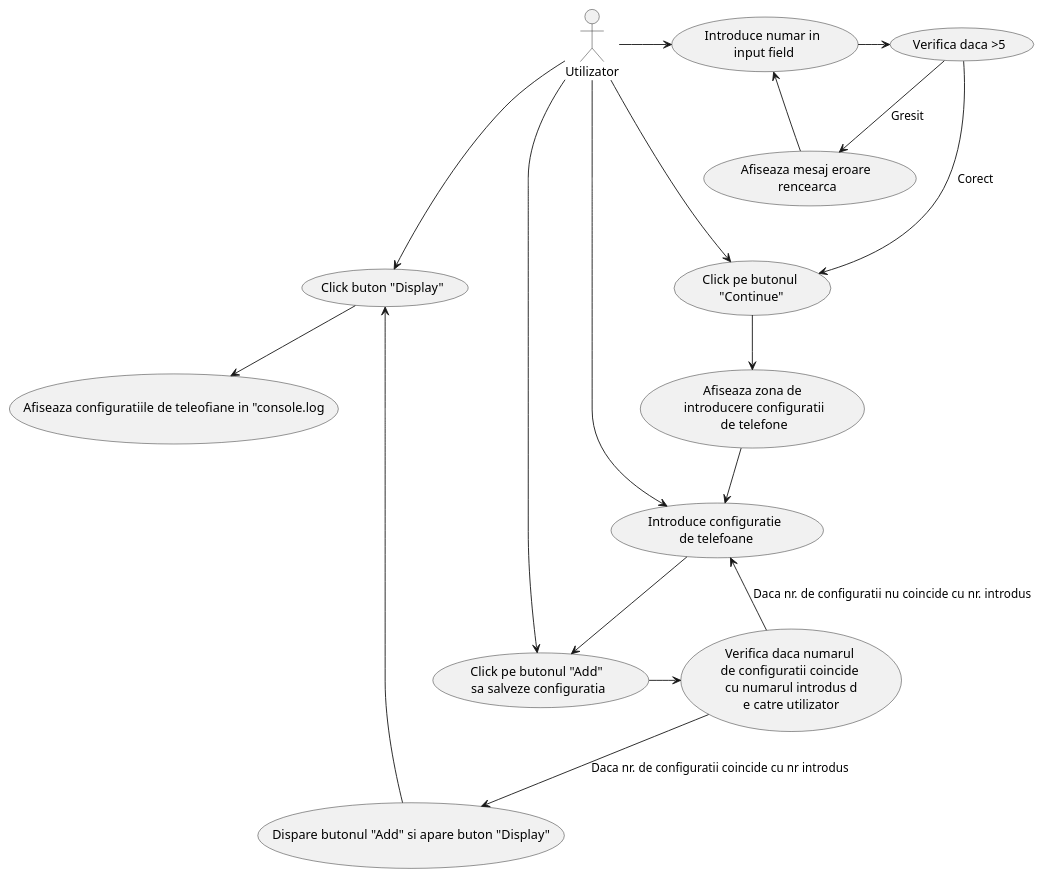
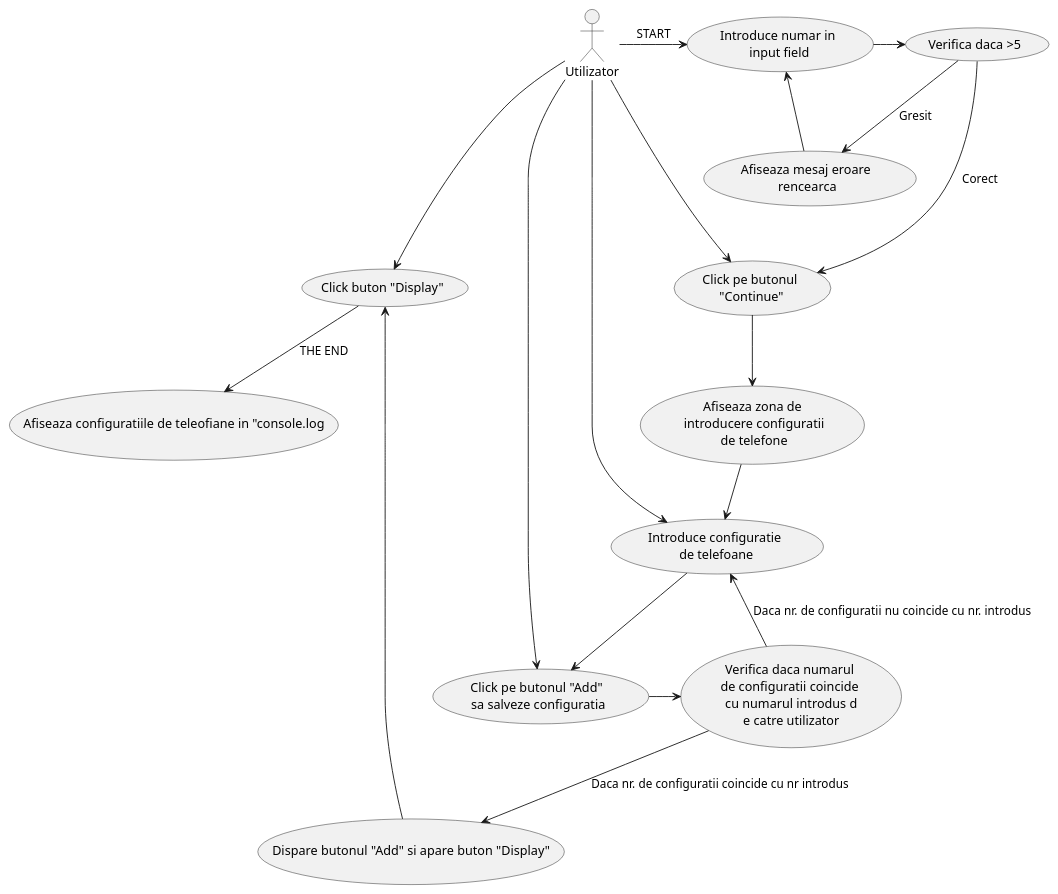
Before and after one commit to vsmro/phoneconfigs: the diagram in uml/usecase_phoneconf.puml, drawn with PlantUML. The commit also changed 2 other files, not shown here.

Commit message:
added some classes in the class diagram, consructor object failed

```diff
--- a/uml/usecase_phoneconf.puml
+++ b/uml/usecase_phoneconf.puml
@@ -1,24 +1,24 @@
 @startuml
 'https://plantuml.com/use-case-diagram
 
 
 
 
-Utilizator -> (Introduce numar in\n input field)
+Utilizator -> (Introduce numar in\n input field): START
 (Introduce numar in\n input field)->(Verifica daca >5)
 (Verifica daca >5)-->(Afiseaza mesaj eroare \nrencearca) : Gresit
 (Afiseaza mesaj eroare \nrencearca)->(Introduce numar in\n input field)
 Utilizator--->(Click pe butonul\n "Continue")
 (Verifica daca >5)-->(Click pe butonul\n "Continue") : Corect
 (Click pe butonul\n "Continue")-->(Afiseaza zona de\n introducere configuratii\n de telefone)
 Utilizator->(Introduce configuratie\n de telefoane)
 (Afiseaza zona de\n introducere configuratii\n de telefone)-->(Introduce configuratie\n de telefoane)
 Utilizator->(Click pe butonul "Add" \nsa salveze configuratia)
 (Introduce configuratie\n de telefoane)-->(Click pe butonul "Add" \nsa salveze configuratia)
 (Click pe butonul "Add" \nsa salveze configuratia)->(Verifica daca numarul \nde configuratii coincide \ncu numarul introdus d\ne catre utilizator)
 (Verifica daca numarul \nde configuratii coincide \ncu numarul introdus d\ne catre utilizator)->(Introduce configuratie\n de telefoane) : Daca nr. de configuratii nu coincide cu nr. introdus
 (Verifica daca numarul \nde configuratii coincide \ncu numarul introdus d\ne catre utilizator)-->(Dispare butonul "Add" si apare buton "Display"): Daca nr. de configuratii coincide cu nr introdus
 Utilizator--->(Click buton "Display")
 (Click buton "Display")<- (Dispare butonul "Add" si apare buton "Display")
-(Click buton "Display")-->(Afiseaza configuratiile de teleofiane in "console.log)
+(Click buton "Display")-->(Afiseaza configuratiile de teleofiane in "console.log) : THE END
 @enduml
```
